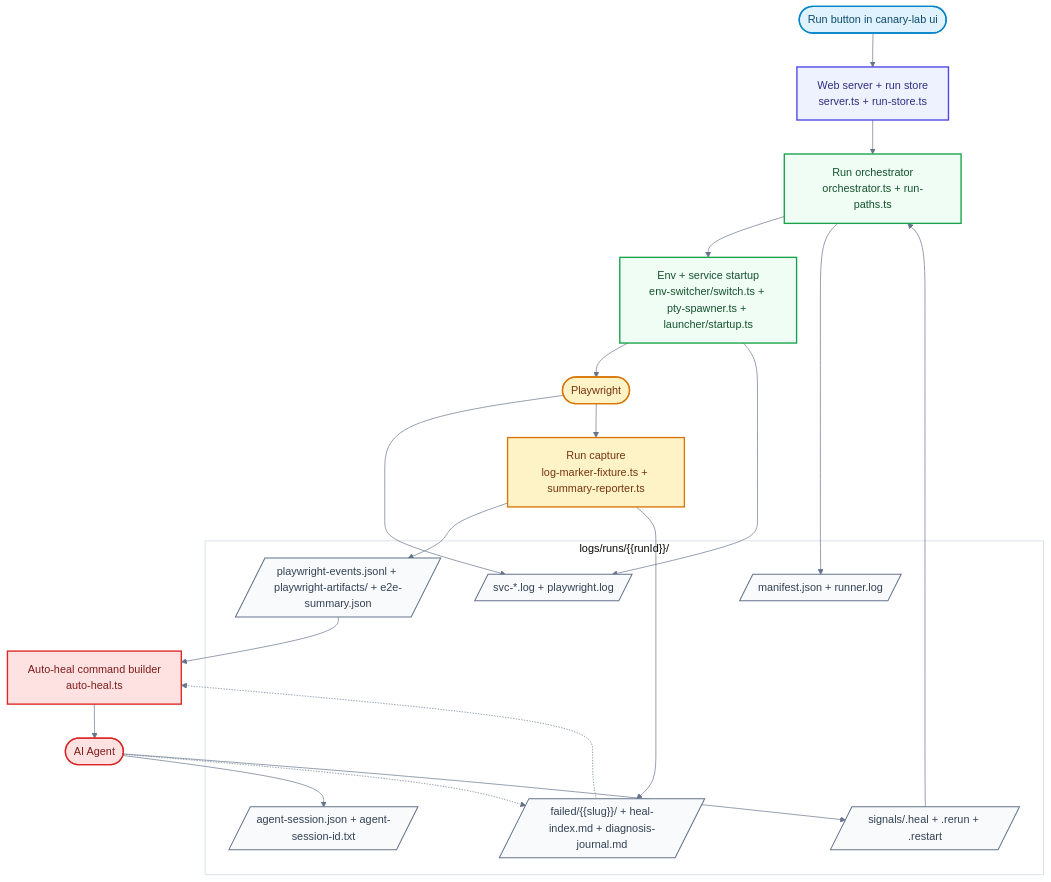
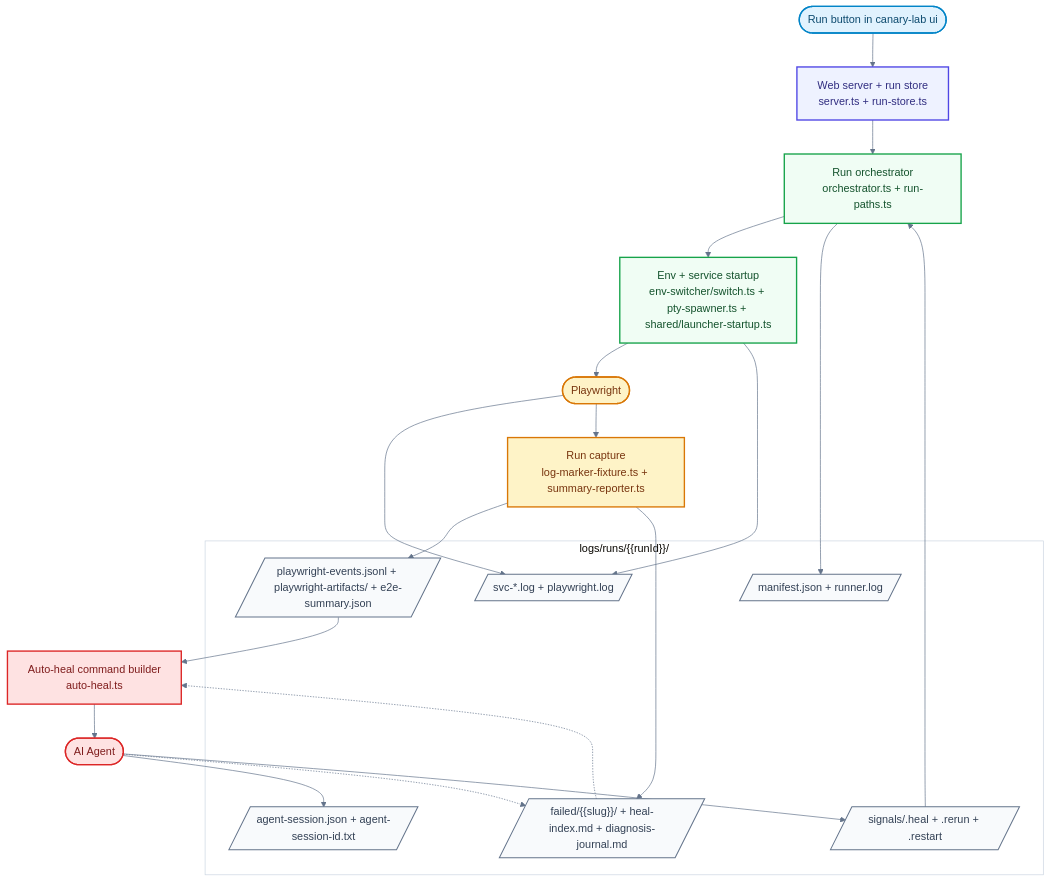
The diagram in docs/ARCHITECTURE.md (ferterahadi/canary-lab), drawn with Mermaid before and after one commit. The commit also changed other lines of this file and 16 other files, not shown here.

````diff
--- a/docs/ARCHITECTURE.md
+++ b/docs/ARCHITECTURE.md
@@ -152,50 +161,50 @@
 ```mermaid
 %%{init: {"theme": "base", "themeVariables": {"fontFamily": "Inter, ui-sans-serif, system-ui, sans-serif", "primaryTextColor": "#0f172a", "lineColor": "#64748b", "clusterBkg": "#ffffff", "clusterBorder": "#cbd5e1"}}}%%
 flowchart TD
     user(["Run button in canary-lab ui"])
     web["Web server + run store<br/>server.ts + run-store.ts"]
     runtime["Run orchestrator<br/>orchestrator.ts + run-paths.ts"]
-    setup["Env + service startup<br/>env-switcher/switch.ts + pty-spawner.ts + launcher/startup.ts"]
+    setup["Env + service startup<br/>env-switcher/switch.ts + pty-spawner.ts + shared/launcher-startup.ts"]
     playwright(["Playwright"])
     capture["Run capture<br/>log-marker-fixture.ts + summary-reporter.ts"]
     autoheal["Auto-heal command builder<br/>auto-heal.ts"]
     agent(["AI Agent"])
 
     subgraph runDir["logs/runs/{{runId}}/"]
         state[/"manifest.json + runner.log"/]
         logs[/"svc-*.log + playwright.log"/]
         evidence[/"playwright-events.jsonl + playwright-artifacts/ + e2e-summary.json"/]
         healctx[/"failed/{{slug}}/ + heal-index.md + diagnosis-journal.md"/]
         session[/"agent-session.json + agent-session-id.txt"/]
         signals[/"signals/.heal + .rerun + .restart"/]
     end
 
     user --> web --> runtime --> setup --> playwright
     runtime --> state
     setup --> logs
     playwright --> logs
     playwright --> capture
     capture --> evidence
     capture --> healctx
     evidence --> autoheal
     healctx -.-> autoheal
     autoheal --> agent
     agent --> session
     agent -.-> healctx
     agent --> signals
     signals --> runtime
 
     classDef entry fill:#e0f2fe,stroke:#0284c7,color:#0c4a6e,stroke-width:2px
     classDef core fill:#eef2ff,stroke:#4f46e5,color:#312e81,stroke-width:2px
     classDef runtime fill:#f0fdf4,stroke:#16a34a,color:#14532d,stroke-width:2px
     classDef test fill:#fef3c7,stroke:#d97706,color:#78350f,stroke-width:2px
     classDef heal fill:#fee2e2,stroke:#dc2626,color:#7f1d1d,stroke-width:2px
     classDef artifact fill:#f8fafc,stroke:#64748b,color:#334155,stroke-width:1.5px
 
     class user entry
     class web core
     class runtime,setup runtime
     class playwright,capture test
     class autoheal,agent heal
     class state,logs,evidence,healctx,session,signals artifact
 ```
````
